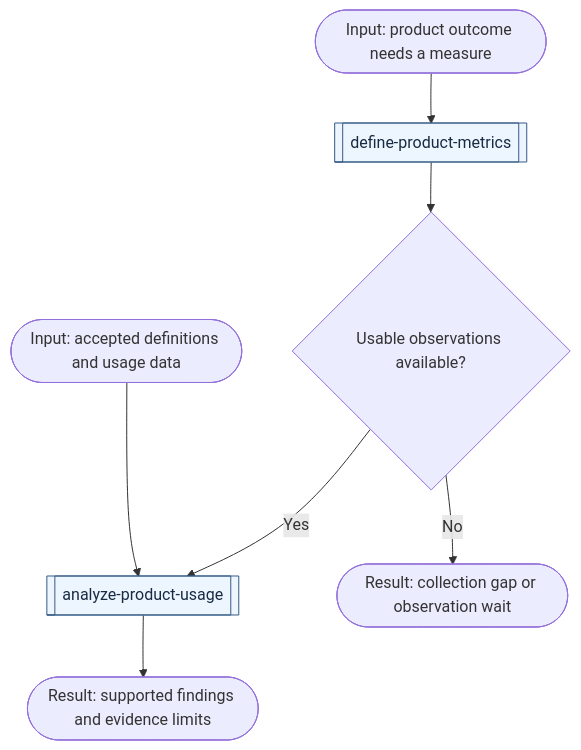
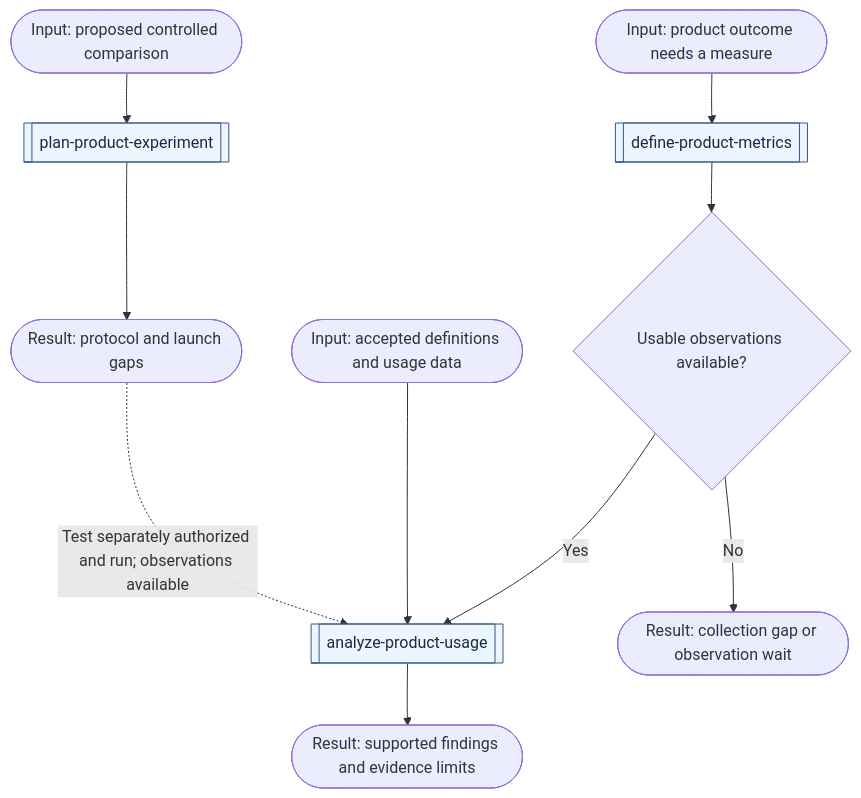
The second of 6 diagrams in docs/workflows.md (bobalazek/skills), drawn with Mermaid before and after one commit. The commit also changed other lines of this file and 13 other files, not shown here.

Commit message:
feat(workflows): coordinate local tasks and plan product experiments (#25)

````diff
--- a/docs/workflows.md
+++ b/docs/workflows.md
@@ -121,11 +125,14 @@
 ```mermaid
 flowchart TD
   Goal(["Input: product outcome needs a measure"]) --> Metrics[["define-product-metrics"]]
   Metrics --> Ready{"Usable observations available?"}
   Ready -->|Yes| Usage[["analyze-product-usage"]]
   Ready -->|No| Gap(["Result: collection gap or observation wait"])
   Data(["Input: accepted definitions and usage data"]) --> Usage
+  Hypothesis(["Input: proposed controlled comparison"]) --> Experiment[["plan-product-experiment"]]
+  Experiment --> Protocol(["Result: protocol and launch gaps"])
+  Protocol -. "Test separately authorized and run; observations available" .-> Usage
   Usage --> Findings(["Result: supported findings and evidence limits"])
   classDef skill fill:#edf5ff,stroke:#355b85,color:#172b42;
-  class Metrics,Usage skill;
+  class Metrics,Usage,Experiment skill;
 ```
````
